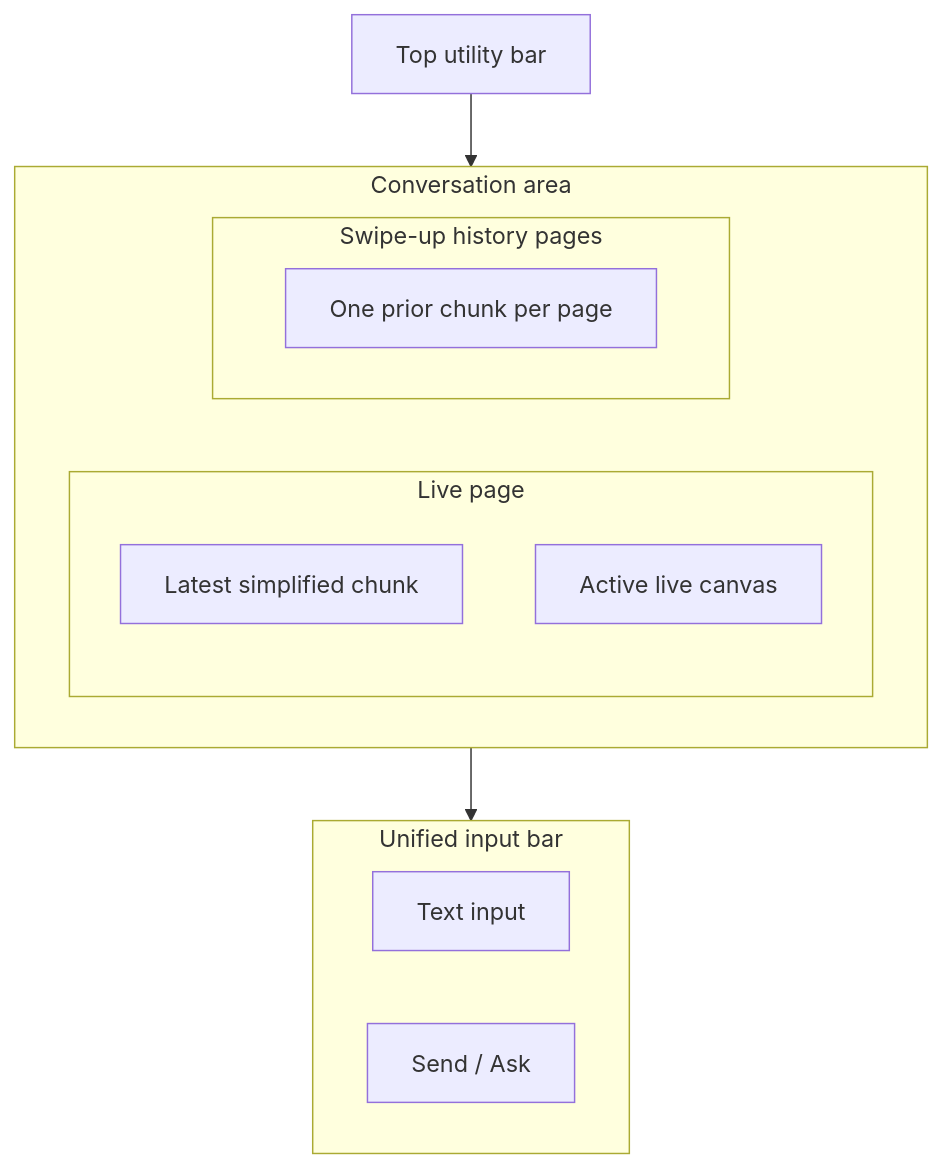
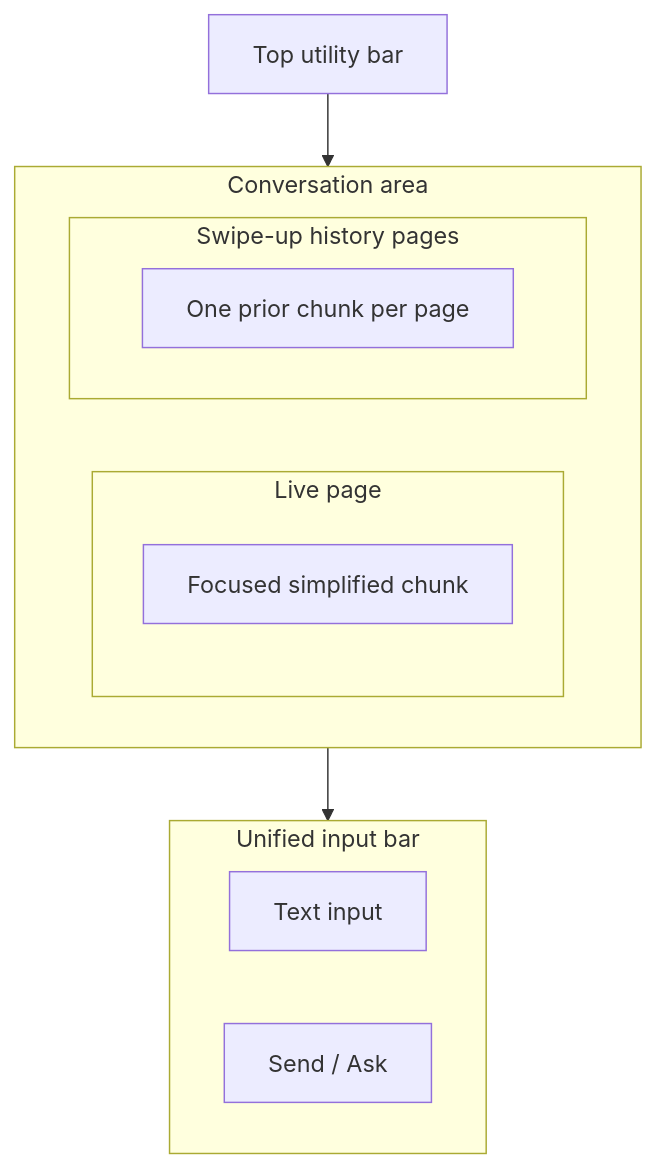
Before and after one commit to gksoriginals/Project-Vera: the third of 5 diagrams in docs/UI design/UI_SCREENS.md, drawn with Mermaid. The commit also changed other lines of this file and 5 other files, not shown here.

````diff
--- a/docs/UI design/UI_SCREENS.md
+++ b/docs/UI design/UI_SCREENS.md
@@ -142,24 +142,23 @@
 ```mermaid
 flowchart TB
     TOP["Top utility bar"] --> BODY["Conversation area"]
     BODY --> FOOT["Unified input bar"]
 
     subgraph BODY["Conversation area"]
       PAGE0["Live page"]
       PAGE1["Swipe-up history pages"]
     end
 
     subgraph PAGE0["Live page"]
-      LAST["Latest simplified chunk"]
-      ACTIVE["Active live canvas"]
+      FOCUS["Focused simplified chunk"]
     end
 
     subgraph PAGE1["Swipe-up history pages"]
       PRIOR["One prior chunk per page"]
     end
 
     subgraph FOOT["Unified input bar"]
       INPUT["Text input"]
       SEND["Send / Ask"]
     end
 ```
````
